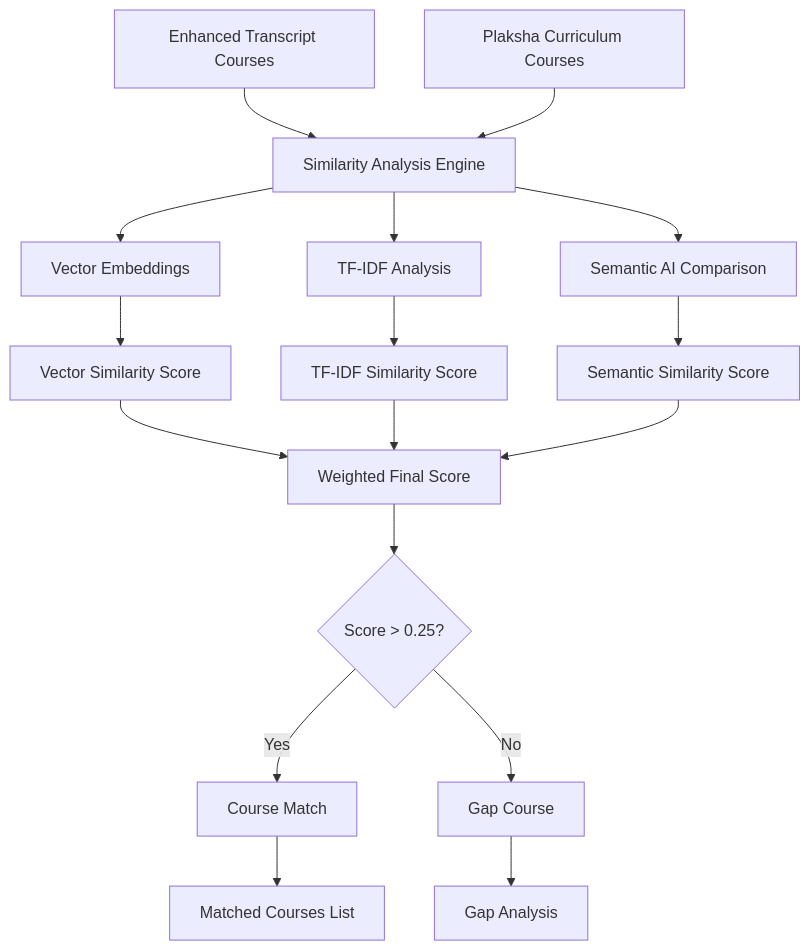
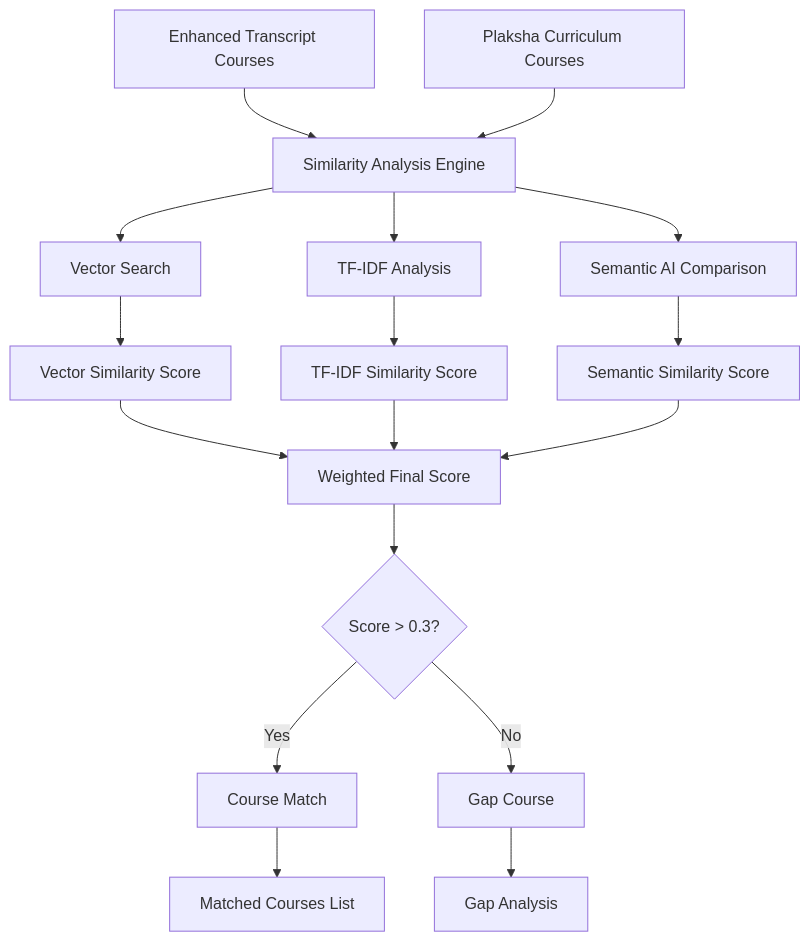
One commit to Sher110106/Course changed the fifth of 6 diagrams in Dual.md. Above: the diagram before and after it, drawn with Mermaid. The commit also changed other lines of this file and 16 other files, not shown here.

````diff
--- a/Dual.md
+++ b/Dual.md
@@ -194,24 +209,24 @@
 ```mermaid
 flowchart TD
     A[Enhanced Transcript Courses] --> B[Similarity Analysis Engine]
     C[Plaksha Curriculum Courses] --> B
     
-    B --> D[Vector Embeddings]
+    B --> D[Vector Search]
     B --> E[TF-IDF Analysis]
     B --> F[Semantic AI Comparison]
     
     D --> G[Vector Similarity Score]
     E --> H[TF-IDF Similarity Score]
     F --> I[Semantic Similarity Score]
     
     G --> J[Weighted Final Score]
     H --> J
     I --> J
     
-    J --> K{Score > 0.25?}
+    J --> K{Score > 0.3?}
     K -->|Yes| L[Course Match]
     K -->|No| M[Gap Course]
     
     L --> N[Matched Courses List]
     M --> O[Gap Analysis]
 ```
````
